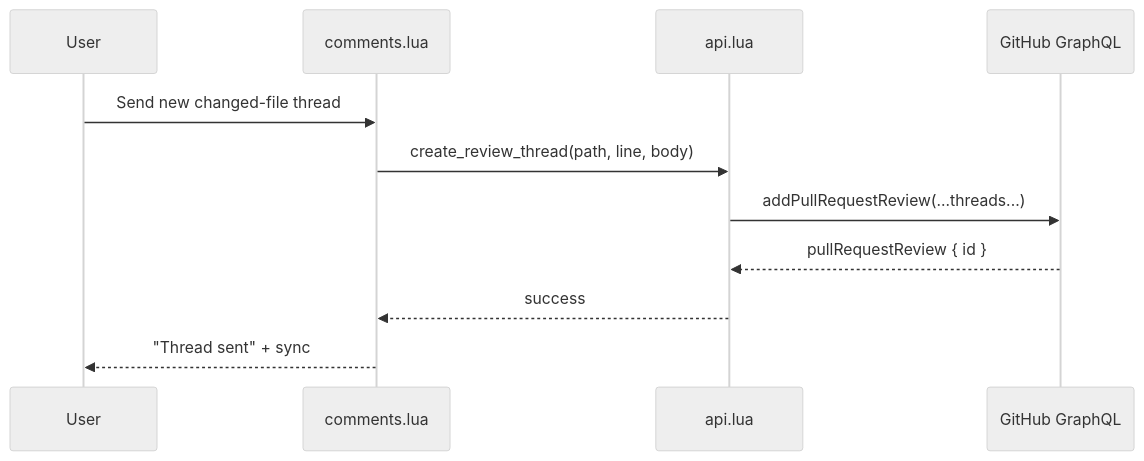
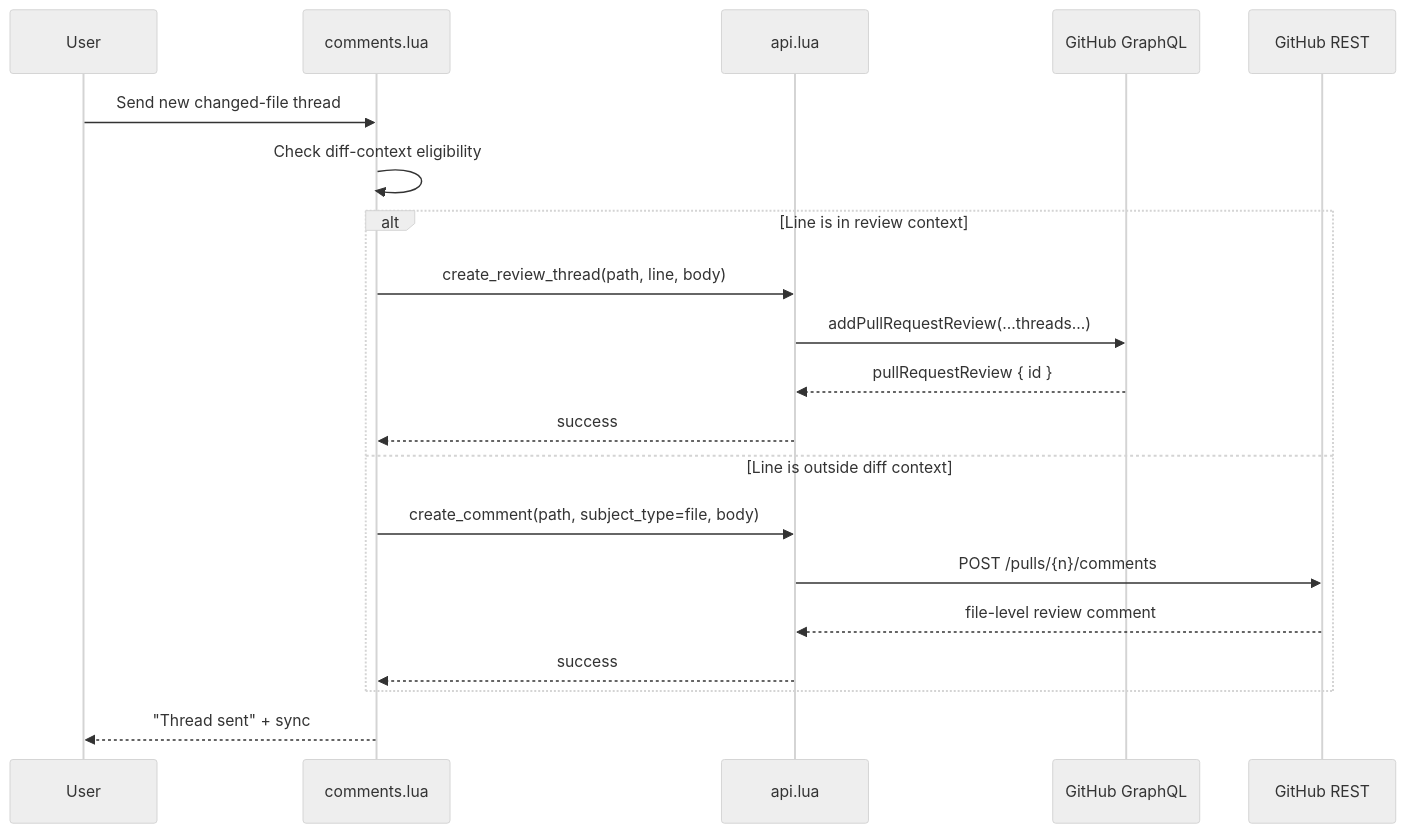
Before and after one commit to bajor/nvim-raccoon: the second of 2 diagrams in ARCHITECTURE_DIFF.md, drawn with Mermaid (neutral theme). The commit also changed other lines of this file and 4 other files, not shown here.

Commit message:
fix: use file comments outside PR diff context

````diff
--- a/ARCHITECTURE_DIFF.md
+++ b/ARCHITECTURE_DIFF.md
@@ -17,14 +19,23 @@
 ```mermaid
 sequenceDiagram
     participant U as User
     participant C as comments.lua
     participant A as api.lua
     participant G as GitHub GraphQL
+    participant R as GitHub REST
 
     U->>C: Send new changed-file thread
-    C->>A: create_review_thread(path, line, body)
-    A->>G: addPullRequestReview(...threads...)
-    G-->>A: pullRequestReview { id }
-    A-->>C: success
+    C->>C: Check diff-context eligibility
+    alt Line is in review context
+        C->>A: create_review_thread(path, line, body)
+        A->>G: addPullRequestReview(...threads...)
+        G-->>A: pullRequestReview { id }
+        A-->>C: success
+    else Line is outside diff context
+        C->>A: create_comment(path, subject_type=file, body)
+        A->>R: POST /pulls/{n}/comments
+        R-->>A: file-level review comment
+        A-->>C: success
+    end
     C-->>U: "Thread sent" + sync
 ```
````
